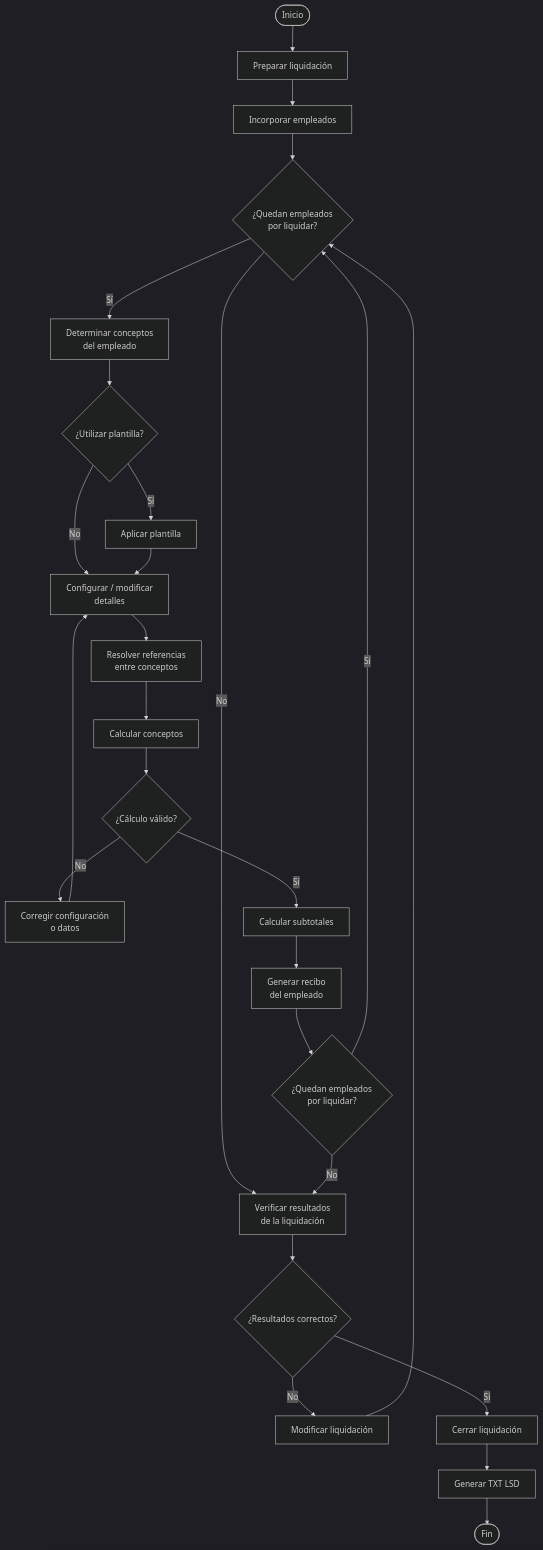
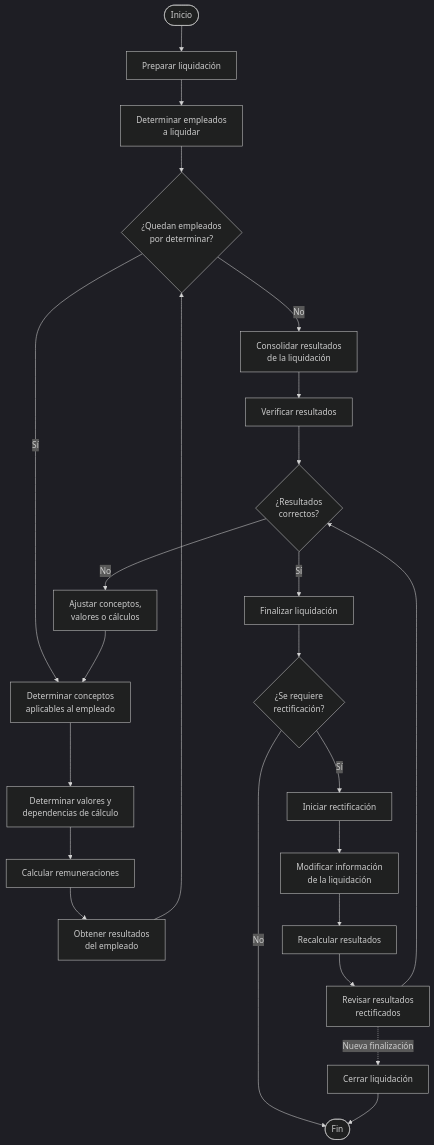
The second of 3 diagrams in docs/procesos/PROC-01_liquidar_sueldos.md (IgnacioAusili/ms_contable), drawn with Mermaid (dark theme) before and after one commit. The commit also changed other lines of this file and 10 other files, not shown here.

````diff
--- a/docs/procesos/PROC-01_liquidar_sueldos.md
+++ b/docs/procesos/PROC-01_liquidar_sueldos.md
@@ -144,76 +176,73 @@
 ```mermaid
 flowchart TB
 
     INICIO([Inicio])
 
     A["Preparar liquidación"]
-    B["Incorporar empleados"]
+    B["Determinar empleados<br/>a liquidar"]
 
-    C{"¿Quedan empleados<br/>por liquidar?"}
+    C{"¿Quedan empleados<br/>por determinar?"}
 
-    D["Determinar conceptos<br/>del empleado"]
+    D["Determinar conceptos<br/>aplicables al empleado"]
+    E["Determinar valores y<br/>dependencias de cálculo"]
+    F["Calcular remuneraciones"]
+    G["Obtener resultados<br/>del empleado"]
 
-    E{"¿Utilizar plantilla?"}
-    F["Aplicar plantilla"]
+    H["Consolidar resultados<br/>de la liquidación"]
 
-    G["Configurar / modificar<br/>detalles"]
+    I["Verificar resultados"]
 
-    H["Resolver referencias<br/>entre conceptos"]
+    J{"¿Resultados<br/>correctos?"}
 
-    I["Calcular conceptos"]
-    J{"¿Cálculo válido?"}
+    K["Ajustar conceptos,<br/>valores o cálculos"]
 
-    K["Corregir configuración<br/>o datos"]
-    L["Calcular subtotales"]
+    L["Finalizar liquidación"]
 
-    M["Generar recibo<br/>del empleado"]
+    M{"¿Se requiere<br/>rectificación?"}
 
-    N{"¿Quedan empleados<br/>por liquidar?"}
+    N["Iniciar rectificación"]
 
-    O["Verificar resultados<br/>de la liquidación"]
+    O["Modificar información<br/>de la liquidación"]
 
-    P{"¿Resultados correctos?"}
-    Q["Modificar liquidación"]
-    
+    P["Recalcular resultados"]
+
+    Q["Revisar resultados<br/>rectificados"]
+
     R["Cerrar liquidación"]
-
-    S["Generar TXT LSD"]
 
     FIN([Fin])
 
     INICIO --> A
     A --> B
     B --> C
 
     C -->|Sí| D
-    C -->|No| O
+    D --> E
+    E --> F
+    F --> G
+    G --> C
 
-    D --> E
+    C -->|No| H
+    H --> I
 
-    E -->|Sí| F
-    E -->|No| G
-    F --> G
-
-    G --> H
-    H --> I
     I --> J
 
     J -->|No| K
-    K --> G
+    K --> D
 
     J -->|Sí| L
+
     L --> M
-    M --> N
 
-    N -->|Sí| C
-    N -->|No| O
+    M -->|No| FIN
+    M -->|Sí| N
 
+    N --> O
     O --> P
+    P --> Q
 
-    P -->|No| Q
-    Q --> C
+    Q --> J
 
-    P -->|Sí| R
-    R --> S
-    S --> FIN
+    Q -. "Nueva finalización" .-> R
+    R --> FIN
 ```
````
